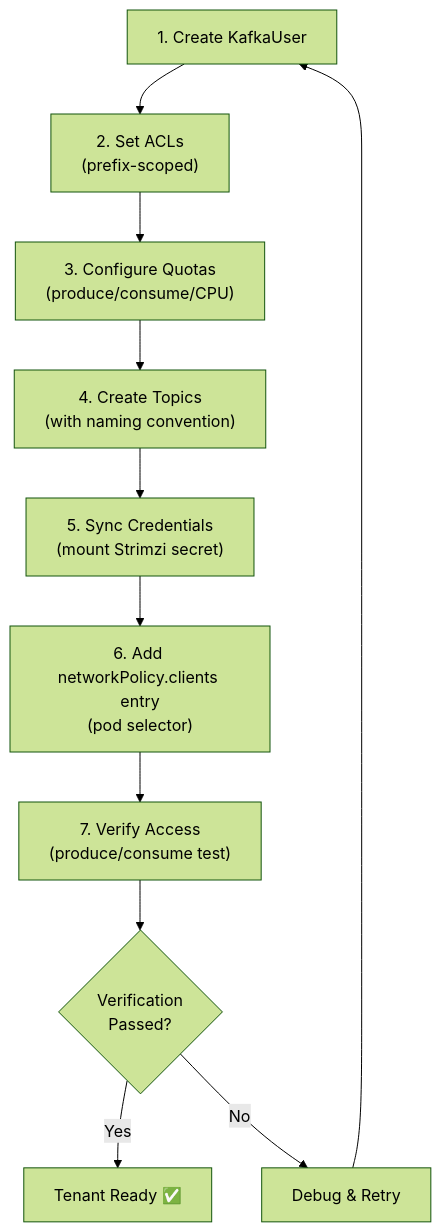
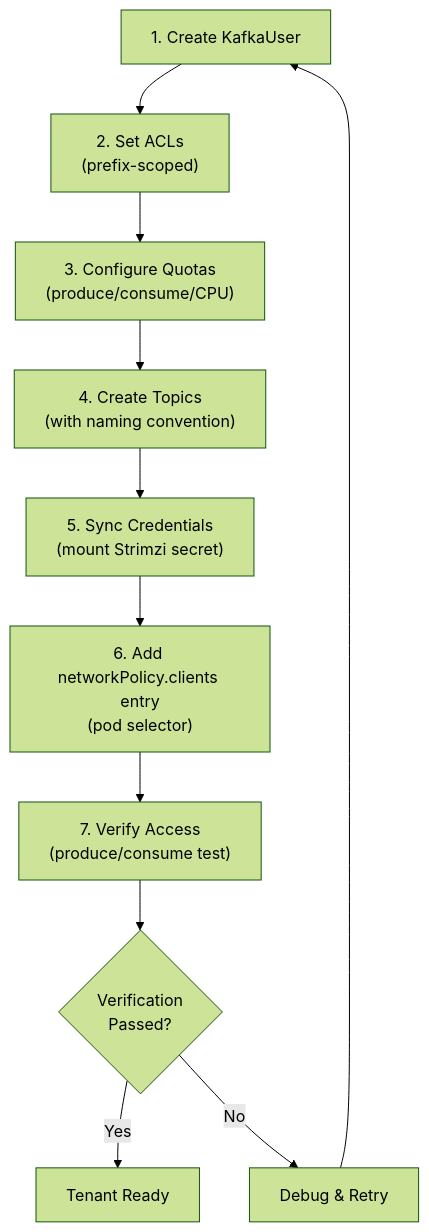
Before and after one commit to actions-marketplace-validations/bmscomp_kates: the third of 3 diagrams in docs/book/19-multi-tenancy.md, drawn with Mermaid (forest theme). The commit also changed other lines of this file and 27 other files, not shown here.

````diff
--- a/docs/book/19-multi-tenancy.md
+++ b/docs/book/19-multi-tenancy.md
@@ -311,13 +314,16 @@
 ```mermaid
+%%| label: fig-mt-onboarding-workflow
+%%| fig-cap: "Seven-step declarative tenant onboarding workflow from KafkaUser creation through access verification."
+%%| fig-alt: "Flowchart showing steps 1 to 7: Create KafkaUser, Set ACLs (prefix-scoped), Configure Quotas (produce/consume/CPU), Create Topics (with naming convention), Sync Credentials (mount Strimzi secret), Add networkPolicy.clients entry (pod selector), and Verify Access (produce/consume test). A decision diamond asks Verification Passed? Yes leads to Tenant Ready; No leads to Debug & Retry which loops back to step 1."
 flowchart TD
     A["1. Create KafkaUser"] --> B["2. Set ACLs\n(prefix-scoped)"]
     B --> C["3. Configure Quotas\n(produce/consume/CPU)"]
     C --> D["4. Create Topics\n(with naming convention)"]
     D --> E["5. Sync Credentials\n(mount Strimzi secret)"]
     E --> F["6. Add networkPolicy.clients entry\n(pod selector)"]
     F --> G["7. Verify Access\n(produce/consume test)"]
     G --> H{"Verification\nPassed?"}
-    H -->|Yes| I["Tenant Ready ✅"]
+    H -->|Yes| I["Tenant Ready"]
     H -->|No| J["Debug & Retry"]
     J --> A
 ```
````
